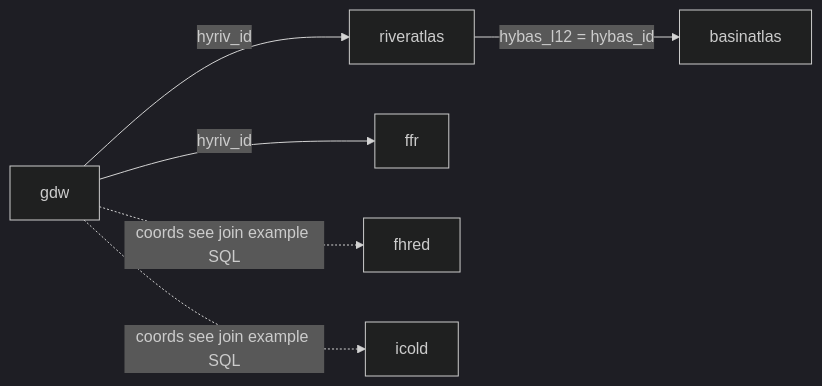
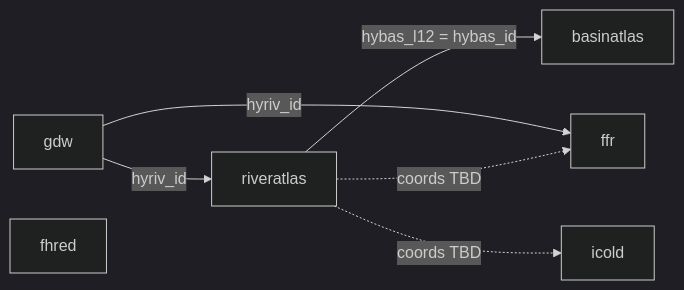
The diagram in README.md (lucianbluescher/SuperBADD), drawn with Mermaid (dark theme) before and after one commit. The commit also changed other lines of this file and 6 other files, not shown here.

Commit message:
finalize SuperBADD repo for submission - ICOLD and FHRED coordinate-link coming soon!

````diff
--- a/README.md
+++ b/README.md
@@ -37,14 +41,14 @@
 ```mermaid
 flowchart LR
   gdw[gdw]
   riv[riveratlas]
   bas[basinatlas]
   ffr[ffr]
   fhred[fhred]
   icold[icold]
   gdw -->|"hyriv_id"| riv
   riv -->|"hybas_l12 = hybas_id"| bas
   gdw -->|"hyriv_id"| ffr
-  gdw -.->|"coords see join example SQL"| fhred
-  gdw -.->|"coords see join example SQL"| icold
+  riv -.->|"coords TBD"| ffr
+  riv -.->|"coords TBD"| icold
 ```
````
